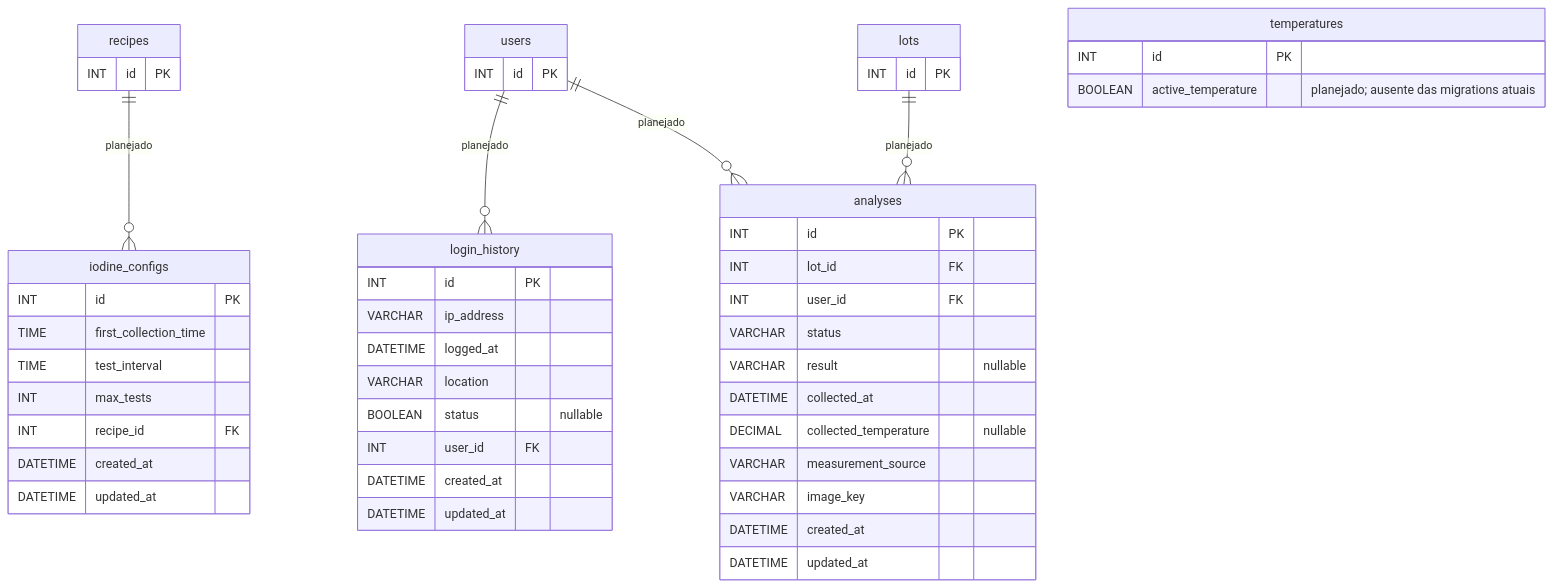
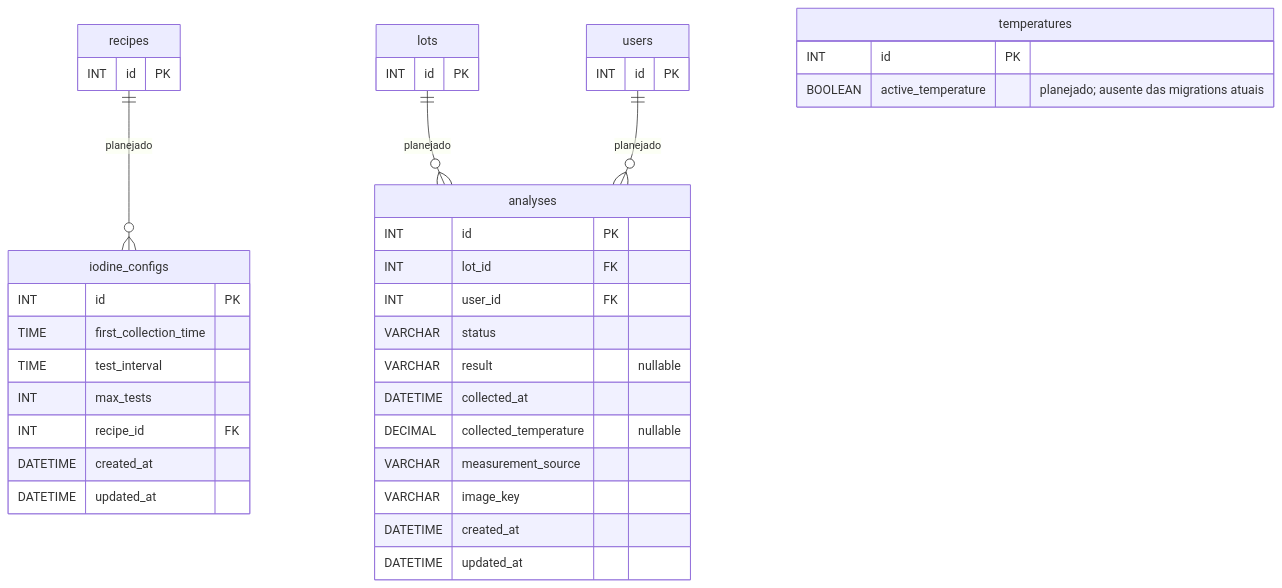
The diagram in diagrama_mer_planejado.mmd (conloq/database), drawn with Mermaid before and after one commit. The commit also changed 2 other files, not shown here.

Commit message:
docs: incluir login_history no MER implementado e atualizar o estado de lots (conloq/mash#102)

```diff
--- a/diagrama_mer_planejado.mmd
+++ b/diagrama_mer_planejado.mmd
@@ -1,53 +1,42 @@
 %% Estruturas planejadas; não criadas pelas migrations atuais da main do Back-End.
 %% users, recipes, temperatures e lots aparecem como referências às tabelas do MER implementado.
 erDiagram
     recipes ||--o{ iodine_configs : planejado
-    users ||--o{ login_history : planejado
     lots ||--o{ analyses : planejado
     users ||--o{ analyses : planejado
 
     users {
         INT id PK
     }
     recipes {
         INT id PK
     }
     temperatures {
         INT id PK
         BOOLEAN active_temperature "planejado; ausente das migrations atuais"
     }
     lots {
         INT id PK
     }
     analyses {
         INT id PK
         INT lot_id FK
         INT user_id FK
         VARCHAR status
         VARCHAR result "nullable"
         DATETIME collected_at
         DECIMAL collected_temperature "nullable"
         VARCHAR measurement_source
         VARCHAR image_key
         DATETIME created_at
         DATETIME updated_at
     }
     iodine_configs {
         INT id PK
         TIME first_collection_time
         TIME test_interval
         INT max_tests
         INT recipe_id FK
         DATETIME created_at
         DATETIME updated_at
     }
-    login_history {
-        INT id PK
-        VARCHAR ip_address
-        DATETIME logged_at
-        VARCHAR location
-        BOOLEAN status "nullable"
-        INT user_id FK
-        DATETIME created_at
-        DATETIME updated_at
-    }
```
